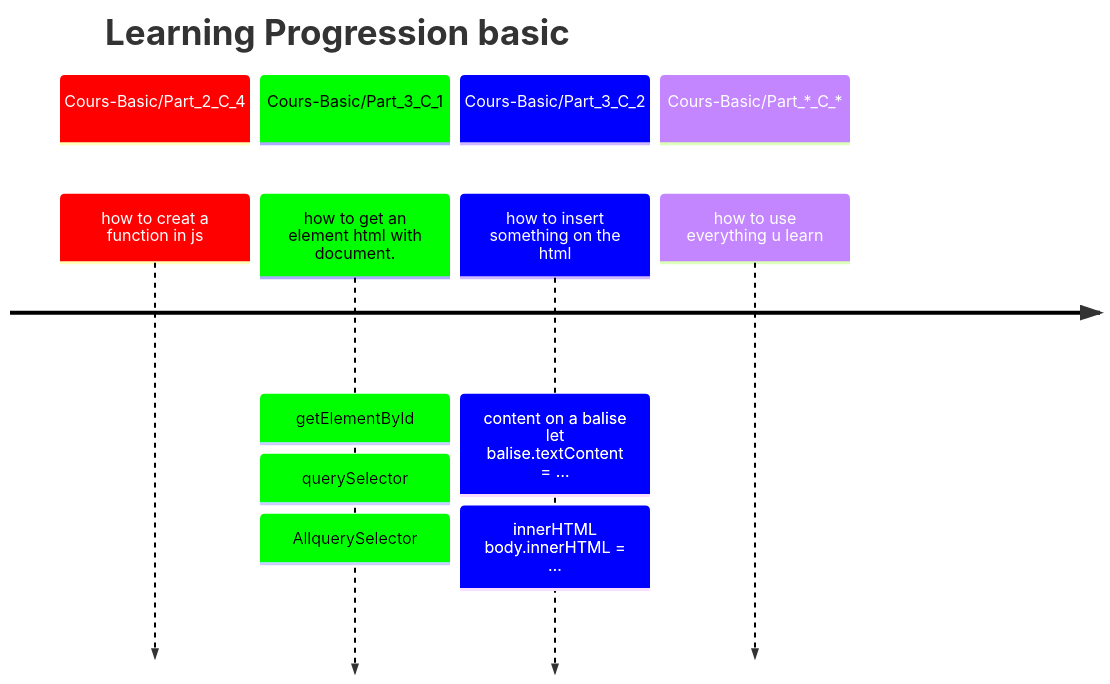
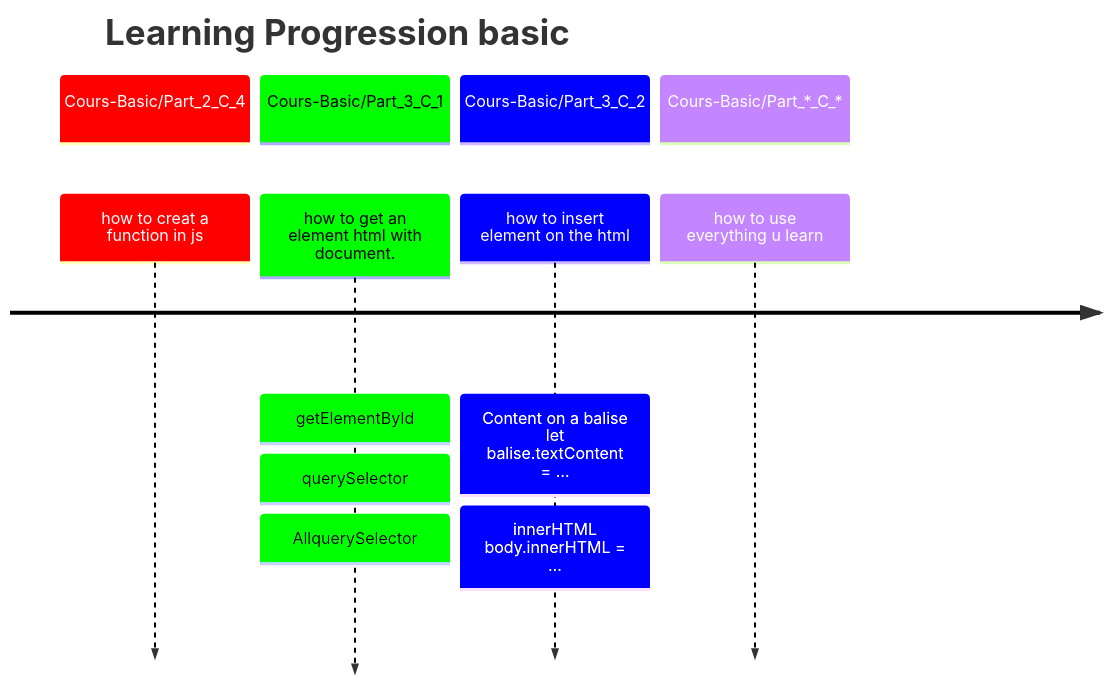
Before and after one commit to Lzozoflo/JavaScript_openclassroom: the first of 2 diagrams in ReadMe.md, drawn with Mermaid. The commit also changed other lines of this file, not shown here.

````diff
--- a/ReadMe.md
+++ b/ReadMe.md
@@ -76,29 +77,29 @@
 ```mermaid
 ---
 config:
   logLevel: debug
   theme: default
   themeVariables:
     cScale0: "#ff0000"
     cScaleLabel0: "#ffffff"
     cScale1: "#00ff00"
     cScale2: "#0000ff"
     cScaleLabel2: "#ffffff"
 ---
 timeline
     title Learning Progression basic
 
     section Cours-Basic/Part_2_C_4 
         how to creat a function in js
     section Cours-Basic/Part_3_C_1
         how to get an element html with<br>document.:
             getElementById:
             querySelector:
             AllquerySelector
     section Cours-Basic/Part_3_C_2
-        how to insert something on the html:
-            content on a balise<br>let balise.textContent = …:
+        how to insert element on the html:
+            Content on a balise<br>let balise.textContent = …:
             innerHTML<br>body.innerHTML = …
     section Cours-Basic/Part_*_C_*
         how to use everything u learn
 ```
````
